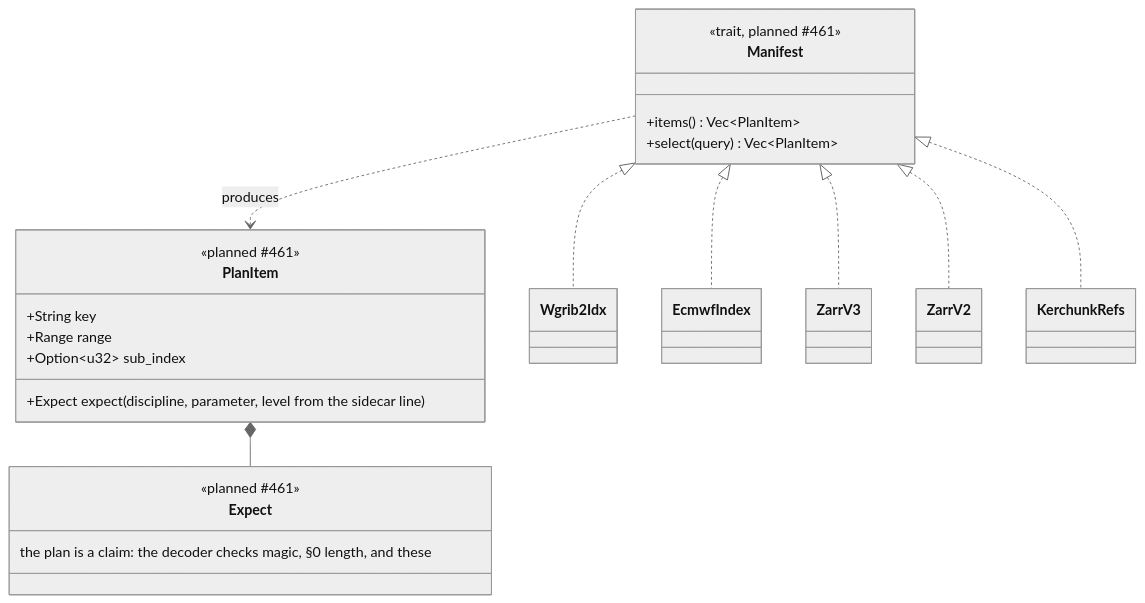
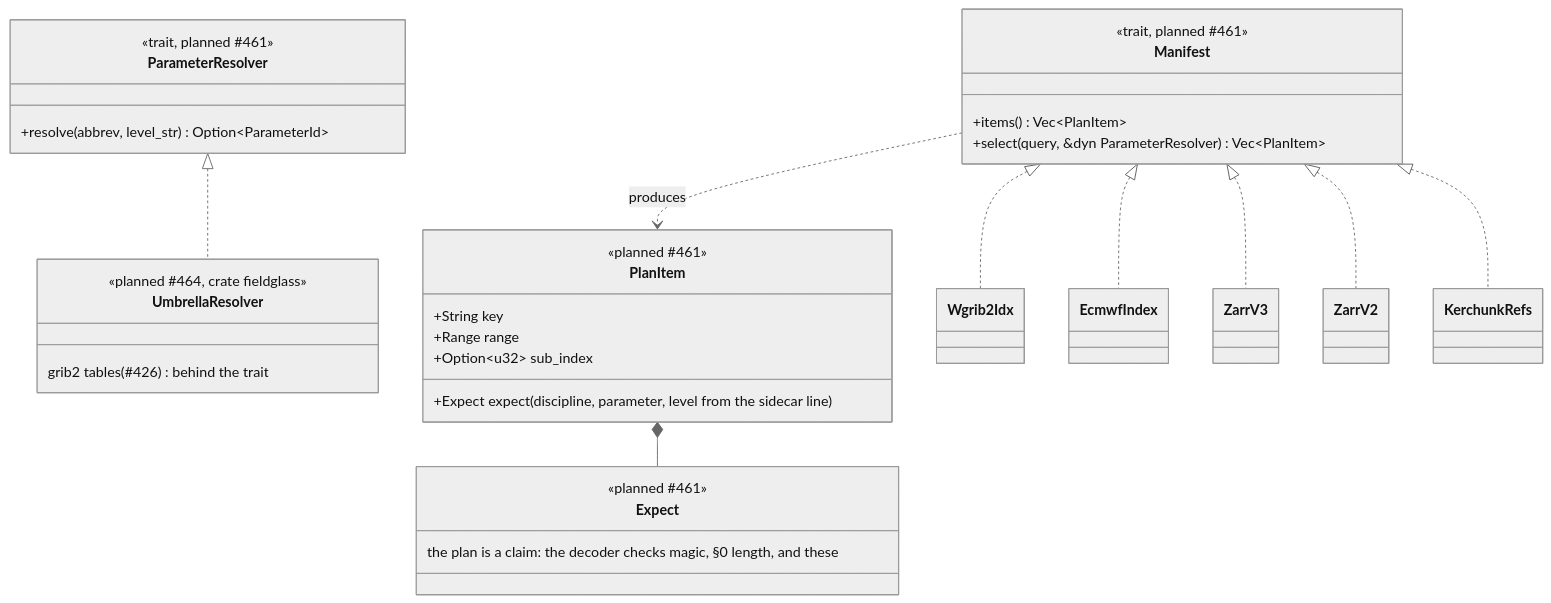
The third of 5 diagrams in docs/architecture/planned/02-trait-seams.md (D0ubleD0uble/fieldglass), drawn with Mermaid (neutral theme) before and after one commit. The commit also changed other lines of this file and 1 other file, not shown here.

Commit message:
docs(architecture): fetchplan depends on core only; parameter matching is a trait
The #426 table lives in fieldglass-grib2; depending on it would pull the
decoder and codecs into a pure planner. Semantic matching goes through a
ParameterResolver the fieldglass umbrella implements.

Claude-Session: https://claude.ai/code/session_01HXQLdNBg23o81NEfApXYhF

````diff
--- a/docs/architecture/planned/02-trait-seams.md
+++ b/docs/architecture/planned/02-trait-seams.md
@@ -93,26 +97,35 @@
 ```mermaid
 classDiagram
     class Manifest {
         <<trait, planned #461>>
         +items() Vec~PlanItem~
-        +select(query) Vec~PlanItem~
+        +select(query, &dyn ParameterResolver) Vec~PlanItem~
     }
+    class ParameterResolver {
+        <<trait, planned #461>>
+        +resolve(abbrev, level_str) Option~ParameterId~
+    }
+    class UmbrellaResolver {
+        <<planned #464, crate fieldglass>>
+        grib2 tables (#426) behind the trait
+    }
+    ParameterResolver <|.. UmbrellaResolver
     class PlanItem {
         <<planned #461>>
         +String key
         +Range range
         +Option~u32~ sub_index
         +Expect expect (discipline, parameter, level from the sidecar line)
     }
     class Expect {
         <<planned #461>>
         the plan is a claim: the decoder checks magic, §0 length, and these
     }
     Manifest <|.. Wgrib2Idx
     Manifest <|.. EcmwfIndex
     Manifest <|.. ZarrV3
     Manifest <|.. ZarrV2
     Manifest <|.. KerchunkRefs
     Manifest ..> PlanItem : produces
     PlanItem *-- Expect
 ```
````
